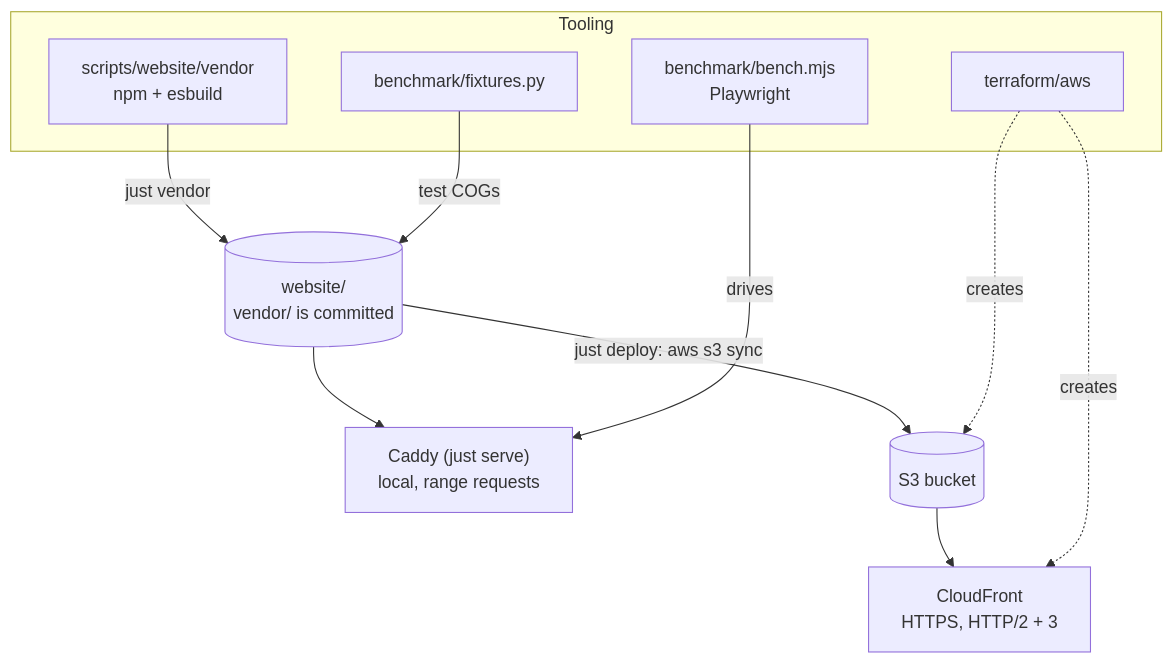
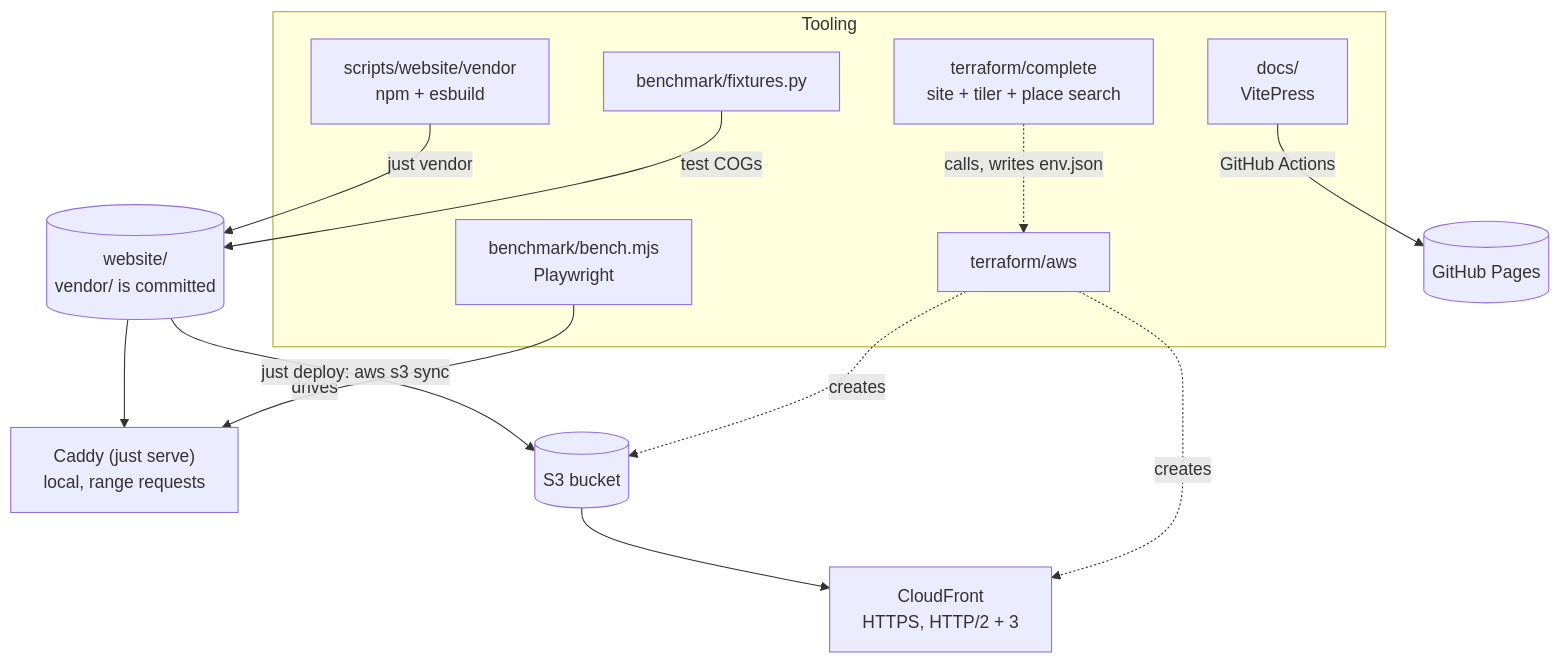
The diagram in docs/build/index.md (YCGS-lab/multi-resolution-new-haven), drawn with Mermaid before and after one commit. The commit also changed other lines of this file and 5 other files, not shown here.

First line of the commit message:
Docs (build): tests, site test, complete settings, recipes

````diff
--- a/docs/build/index.md
+++ b/docs/build/index.md
@@ -6,15 +6,19 @@
 ```mermaid
 flowchart TB
   subgraph tooling["Tooling"]
     Vendor["scripts/website/vendor<br/>npm + esbuild"]
     Fixtures["benchmark/fixtures.py"]
     Bench["benchmark/bench.mjs<br/>Playwright"]
     TF["terraform/aws"]
+    Complete["terraform/complete<br/>site + tiler + place search"]
+    Docs["docs/<br/>VitePress"]
   end
   Vendor -->|"just vendor"| Site[("website/<br/>vendor/ is committed")]
   Fixtures -->|"test COGs"| Site
   Site --> Serve["Caddy (just serve)<br/>local, range requests"]
   Bench -->|"drives"| Serve
   Site -->|"just deploy: aws s3 sync"| S3[("S3 bucket")] --> CF["CloudFront<br/>HTTPS, HTTP/2 + 3"]
   TF -.->|"creates"| S3 & CF
+  Complete -.->|"calls, writes env.json"| TF
+  Docs -->|"GitHub Actions"| Pages[("GitHub Pages")]
 ```
````
